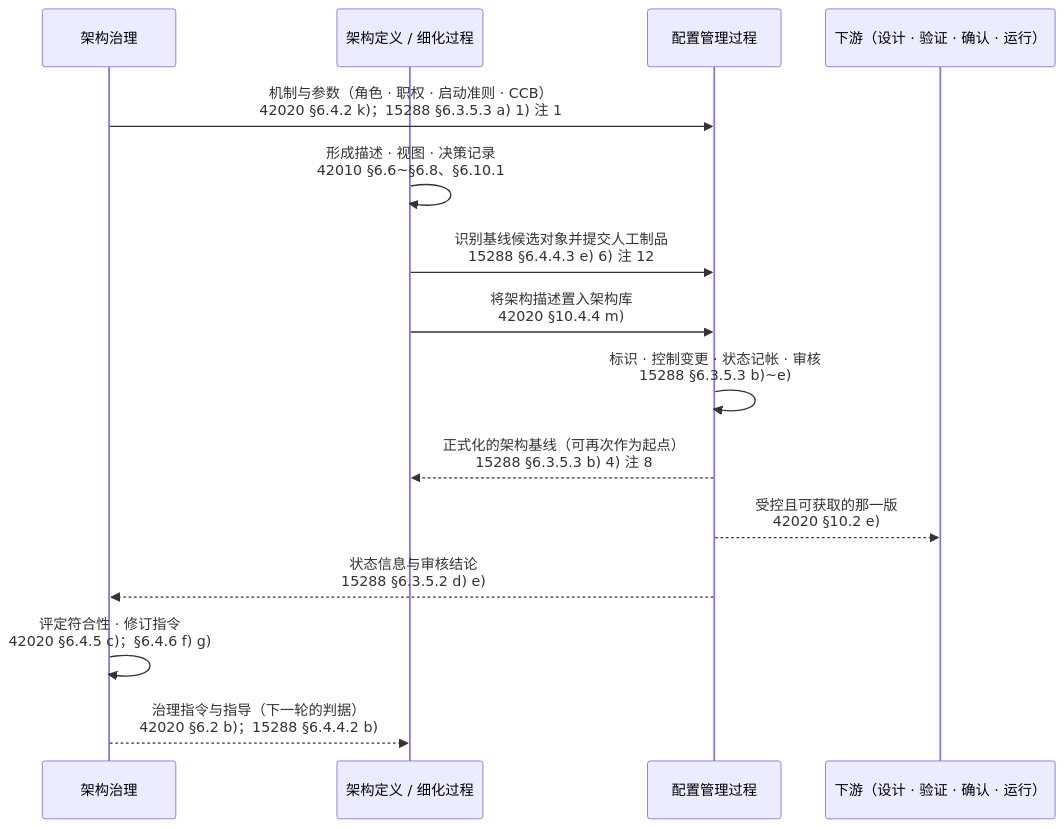
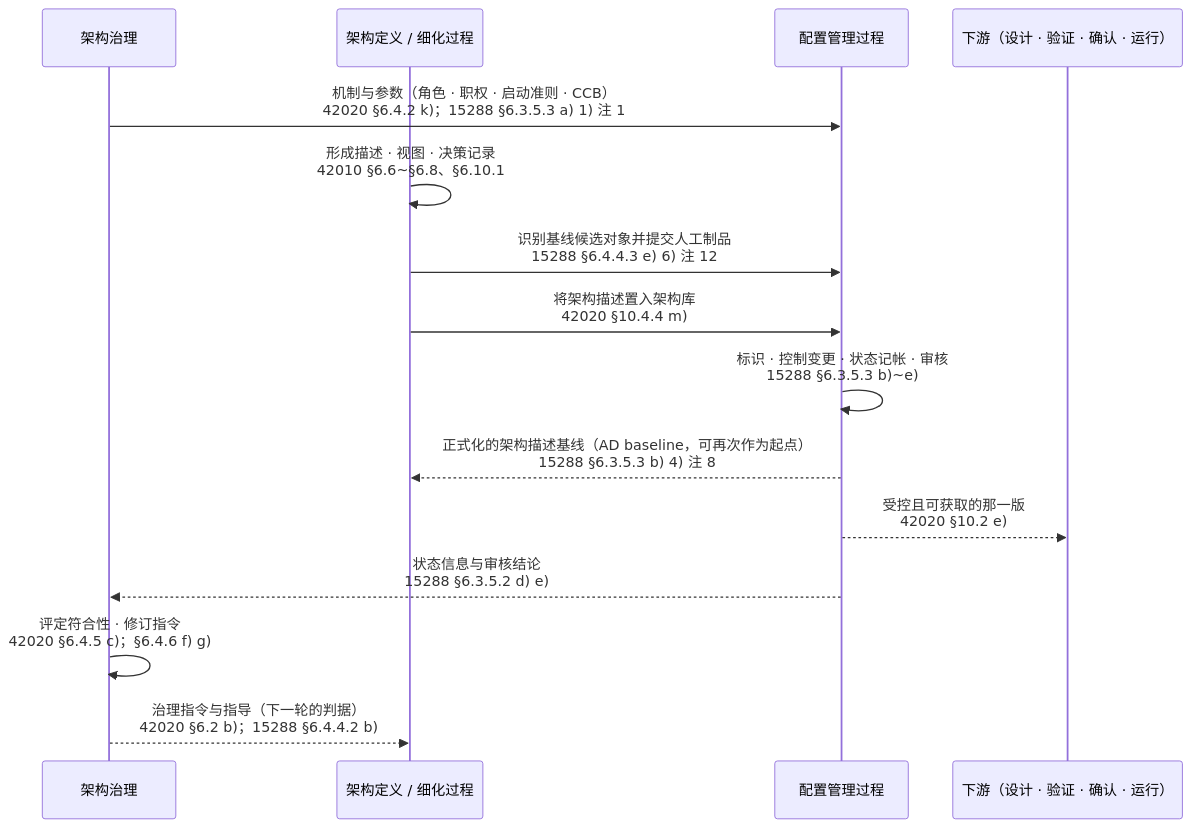
The second of 8 diagrams in 10-系统工程研究/00-系统工程相关研究报告/41-配置管理作用研究报告-从两重关系到缺位反读.md (Yongjunzhou/business-Engineering), drawn with Mermaid before and after one commit. The commit also changed other lines of this file and 30 other files, not shown here.

````diff
--- a/10-系统工程研究/00-系统工程相关研究报告/41-配置管理作用研究报告-从两重关系到缺位反读.md
+++ b/10-系统工程研究/00-系统工程相关研究报告/41-配置管理作用研究报告-从两重关系到缺位反读.md
@@ -282,18 +283,18 @@
 ```mermaid
 sequenceDiagram
   participant GV as 架构治理
   participant AD as 架构定义 / 细化过程
   participant CM as 配置管理过程
   participant DN as 下游（设计 · 验证 · 确认 · 运行）
 
   GV->>CM: 机制与参数（角色 · 职权 · 启动准则 · CCB）<br/>42020 §6.4.2 k)；15288 §6.3.5.3 a) 1) 注 1
   AD->>AD: 形成描述 · 视图 · 决策记录<br/>42010 §6.6~§6.8、§6.10.1
   AD->>CM: 识别基线候选对象并提交人工制品<br/>15288 §6.4.4.3 e) 6) 注 12
   AD->>CM: 将架构描述置入架构库<br/>42020 §10.4.4 m)
   CM->>CM: 标识 · 控制变更 · 状态记帐 · 审核<br/>15288 §6.3.5.3 b)~e)
-  CM-->>AD: 正式化的架构基线（可再次作为起点）<br/>15288 §6.3.5.3 b) 4) 注 8
+  CM-->>AD: 正式化的架构描述基线（AD baseline，可再次作为起点）<br/>15288 §6.3.5.3 b) 4) 注 8
   CM-->>DN: 受控且可获取的那一版<br/>42020 §10.2 e)
   CM-->>GV: 状态信息与审核结论<br/>15288 §6.3.5.2 d) e)
   GV->>GV: 评定符合性 · 修订指令<br/>42020 §6.4.5 c)；§6.4.6 f) g)
   GV-->>AD: 治理指令与指导（下一轮的判据）<br/>42020 §6.2 b)；15288 §6.4.4.2 b)
 ```
````
